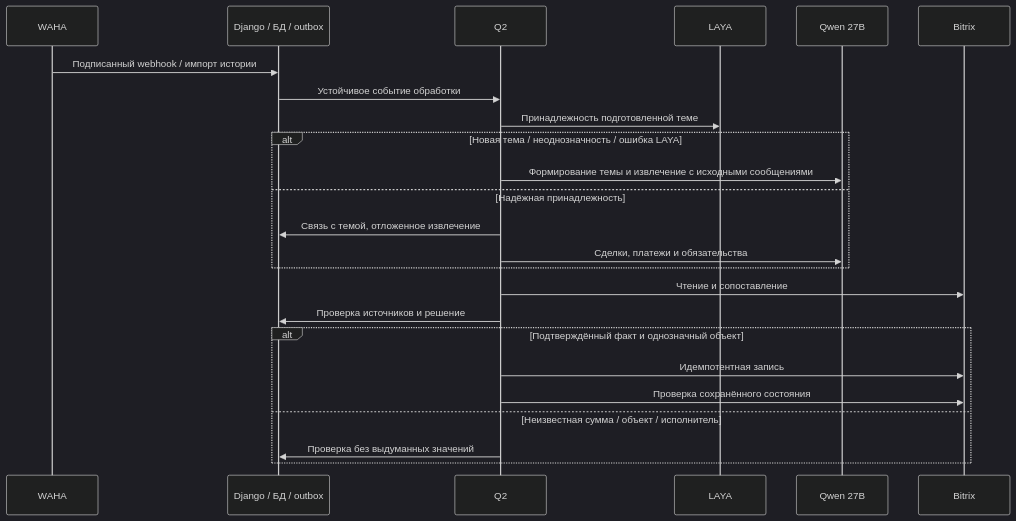
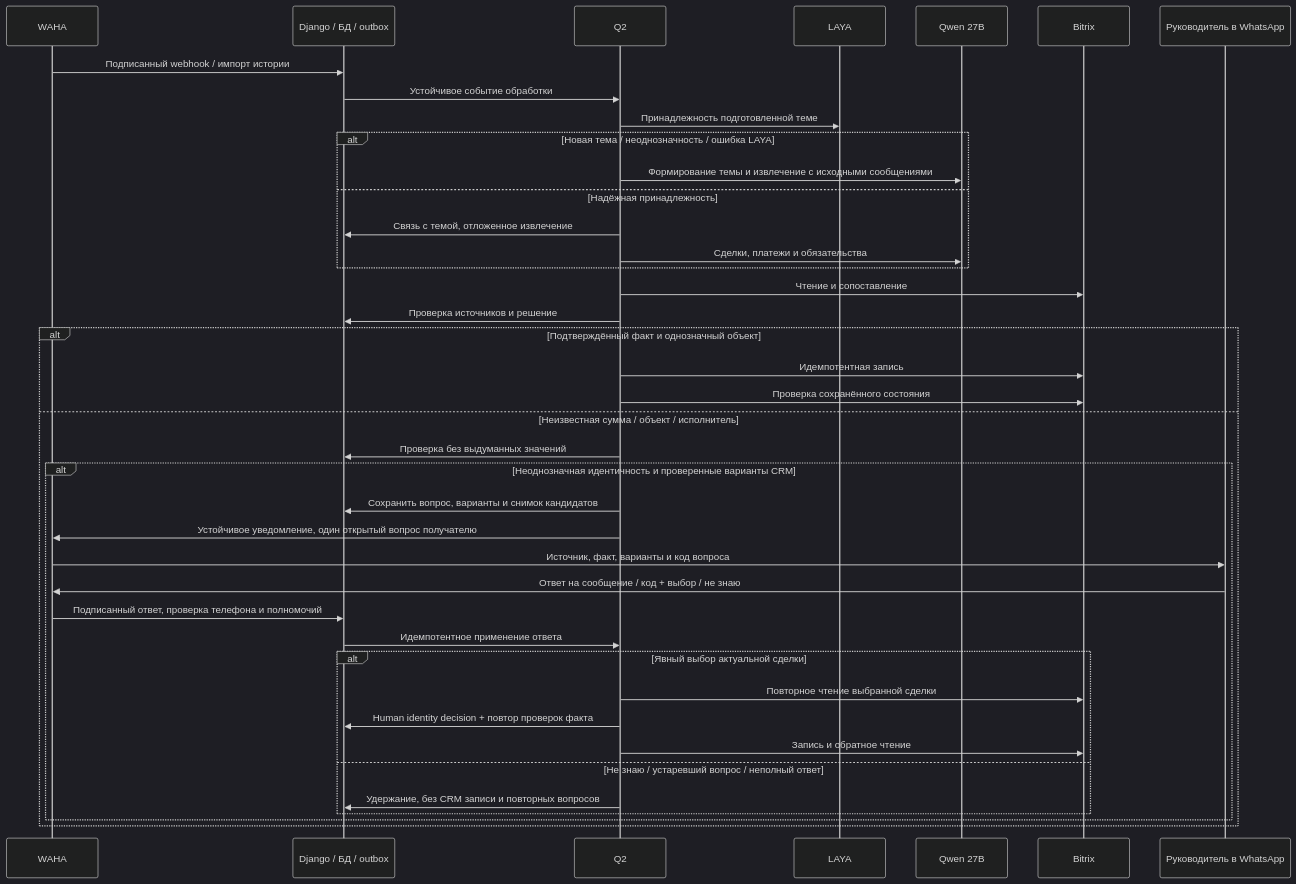
Before and after one commit to envOnion/kz-mazory: the second of 2 diagrams in specs/task_2026-10-13_21-59-19_MSK.md, drawn with Mermaid (dark theme). The commit also changed other lines of this file and 23 other files, not shown here.

Commit message:
Ask WhatsApp CRM clarification questions and apply verified replies

````diff
--- a/specs/task_2026-10-13_21-59-19_MSK.md
+++ b/specs/task_2026-10-13_21-59-19_MSK.md
@@ -31,26 +39,42 @@
 ```mermaid
 sequenceDiagram
     participant WA as WAHA
     participant DB as Django / БД / outbox
     participant Q as Q2
     participant L as LAYA
     participant M as Qwen 27B
     participant B as Bitrix
+    participant U as Руководитель в WhatsApp
     WA->>DB: Подписанный webhook / импорт истории
     DB->>Q: Устойчивое событие обработки
     Q->>L: Принадлежность подготовленной теме
     alt Новая тема / неоднозначность / ошибка LAYA
         Q->>M: Формирование темы и извлечение с исходными сообщениями
     else Надёжная принадлежность
         Q->>DB: Связь с темой, отложенное извлечение
         Q->>M: Сделки, платежи и обязательства
     end
     Q->>B: Чтение и сопоставление
     Q->>DB: Проверка источников и решение
     alt Подтверждённый факт и однозначный объект
         Q->>B: Идемпотентная запись
         Q->>B: Проверка сохранённого состояния
     else Неизвестная сумма / объект / исполнитель
         Q->>DB: Проверка без выдуманных значений
+        alt Неоднозначная идентичность и проверенные варианты CRM
+            Q->>DB: Сохранить вопрос, варианты и снимок кандидатов
+            Q->>WA: Устойчивое уведомление, один открытый вопрос получателю
+            WA->>U: Источник, факт, варианты и код вопроса
+            U->>WA: Ответ на сообщение / код + выбор / не знаю
+            WA->>DB: Подписанный ответ, проверка телефона и полномочий
+            DB->>Q: Идемпотентное применение ответа
+            alt Явный выбор актуальной сделки
+                Q->>B: Повторное чтение выбранной сделки
+                Q->>DB: Human identity decision + повтор проверок факта
+                Q->>B: Запись и обратное чтение
+            else Не знаю / устаревший вопрос / неполный ответ
+                Q->>DB: Удержание, без CRM записи и повторных вопросов
+            end
+        end
     end
 ```
````
